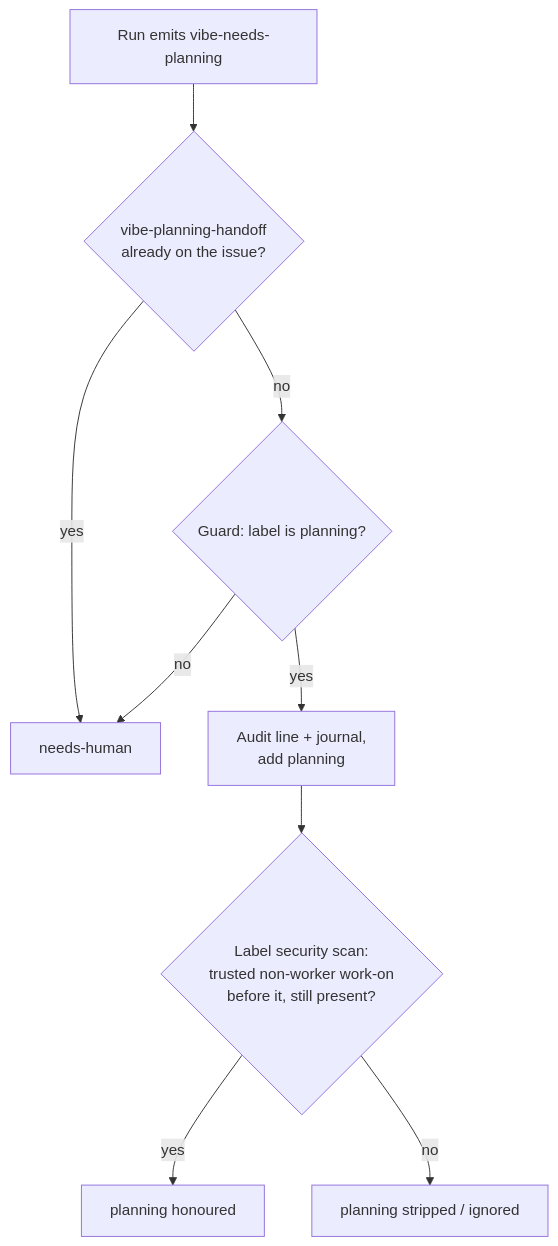
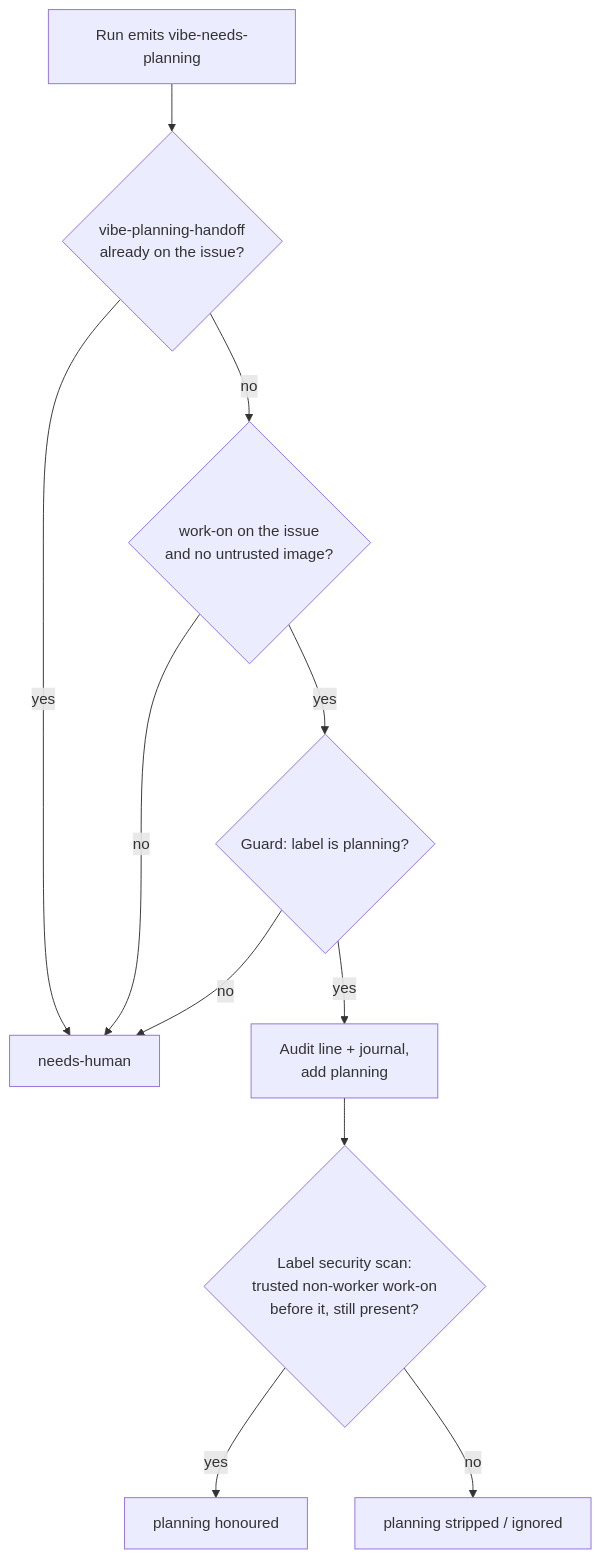
The seventh of 12 diagrams in SECURITY.md (stSoftwareAU/VibeCoder), drawn with Mermaid before and after one commit. The commit also changed other lines of this file and 6 other files, not shown here.

First line of the commit message:
fix: gate the planning hand-off on work-on and untrusted images (PR #2698)

````diff
--- a/SECURITY.md
+++ b/SECURITY.md
@@ -1633,11 +1642,13 @@
 ```mermaid
 flowchart TD
     R["Run emits vibe-needs-planning"] --> P{"vibe-planning-handoff<br/>already on the issue?"}
     P -->|yes| H["needs-human"]
-    P -->|no| G{"Guard: label is planning?"}
+    P -->|no| W{"work-on on the issue<br/>and no untrusted image?"}
+    W -->|no| H
+    W -->|yes| G{"Guard: label is planning?"}
     G -->|no| H
     G -->|yes| A["Audit line + journal,<br/>add planning"]
     A --> S{"Label security scan:<br/>trusted non-worker work-on<br/>before it, still present?"}
     S -->|yes| PL["planning honoured"]
     S -->|no| X["planning stripped / ignored"]
 ```
````
